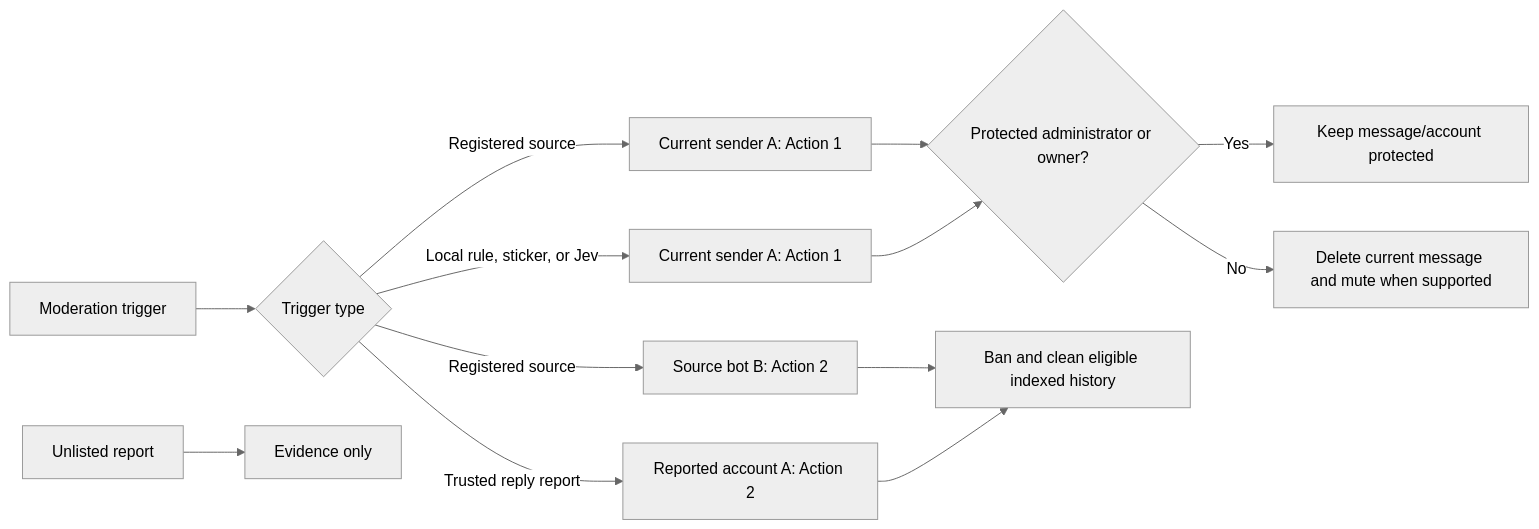
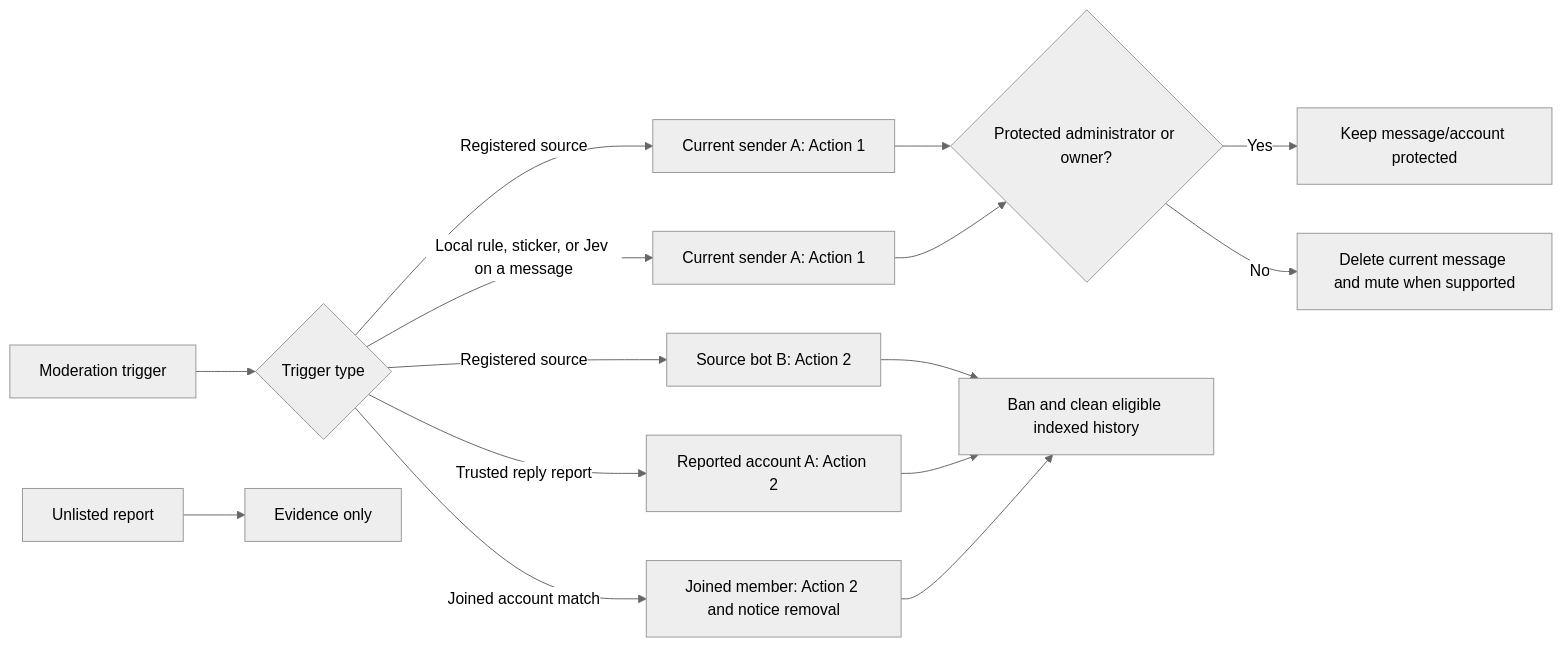
One commit to IceCodeNew/anti-fwd-spam changed the second of 2 diagrams in docs/behavior.md. Above: the diagram before and after it, drawn with Mermaid (neutral theme). The commit also changed other lines of this file and 24 other files, not shown here.

````diff
--- a/docs/behavior.md
+++ b/docs/behavior.md
@@ -61,15 +67,17 @@
 ```mermaid
 flowchart LR
     A[Moderation trigger] --> B{Trigger type}
     B -->|Registered source| C[Current sender A: Action 1]
     B -->|Registered source| D[Source bot B: Action 2]
     B -->|Trusted reply report| E[Reported account A: Action 2]
-    B -->|Local rule, sticker, or Jev| F[Current sender A: Action 1]
+    B -->|Local rule, sticker, or Jev on a message| F[Current sender A: Action 1]
+    B -->|Joined account match| M[Joined member: Action 2 and notice removal]
     G[Unlisted report] --> H[Evidence only]
     C --> I{Protected administrator or owner?}
     F --> I
     I -->|Yes| J[Keep message/account protected]
     I -->|No| K[Delete current message and mute when supported]
     D --> L[Ban and clean eligible indexed history]
     E --> L
+    M --> L
 ```
````
